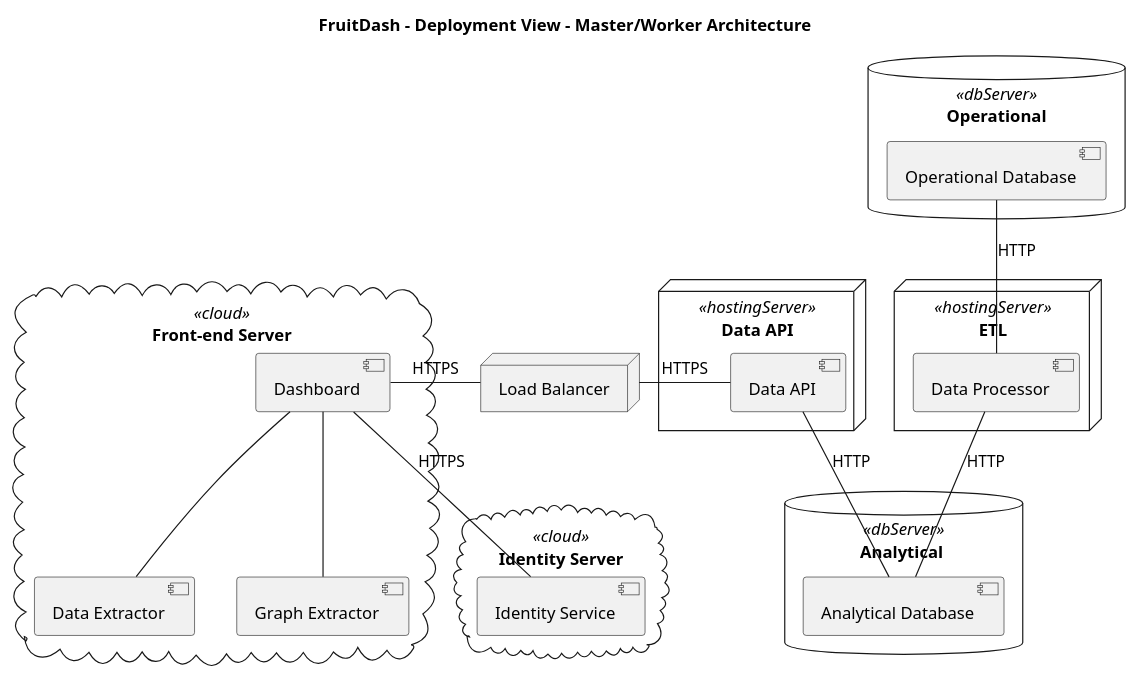
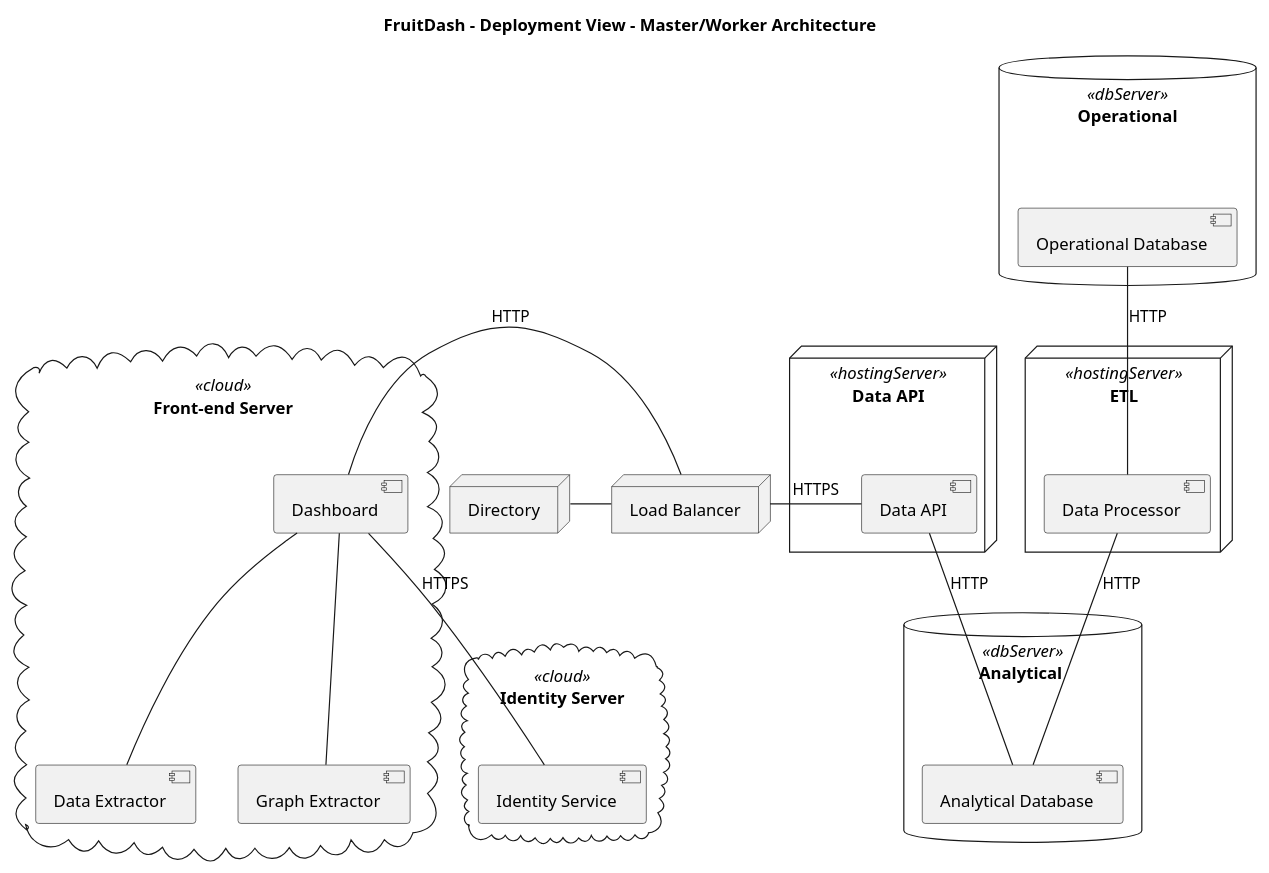
One commit to USI-MSDE-SA-2022/software-architecture-model-Travad changed the diagram in src/sa/model/examples/14_deployment_view_loadbalancer.puml. Above: the diagram before and after it, drawn with PlantUML. The commit also changed 5 other files, not shown here.

```diff
--- a/src/sa/model/examples/14_deployment_view_loadbalancer.puml
+++ b/src/sa/model/examples/14_deployment_view_loadbalancer.puml
@@ -1,49 +1,50 @@
 @startuml
 title FruitDash - Deployment View - Master/Worker Architecture
 
 cloud "Front-end Server" as appcloud <<cloud>> {
  [Dashboard] as DASH
  [Data Extractor] as DE
  [Graph Extractor] as GE
 }
 cloud "Identity Server" as identitycloud <<cloud>> {
  [Identity Service] as IS
 }
 
 database "Analytical " as analyticaldb <<dbServer>>  {
  [Analytical Database] as ADB
 }
 database "Operational" as operationaldb <<dbServer>> {
  [Operational Database] as ODB
 }
 
 node "ETL" as transformer <<hostingServer>> {
     [Data Processor] as T
 }
 node "Data API" as dataapi <<hostingServer>> {
     [Data API] as API
 }
 
 node "Load Balancer" as LB 
+node "Directory" as DIR 
 
 ' Identity
 ' API -- IS: HTTPS
 DASH -- IS: HTTPS
 
 ' Dashboard interactions
 DASH -- DE
 DASH -- GE
 
 ' load balancer interactions
-DASH - LB: HTTPS
+DASH - LB: HTTP
+DIR - LB
 LB - API: HTTPS
-' DASH - ADB: HTTPS
 
 ODB -- T: HTTP
 T -- ADB: HTTP
 
 ' Data sourcing
 API -- ADB: HTTP
 
 
 @enduml
```
